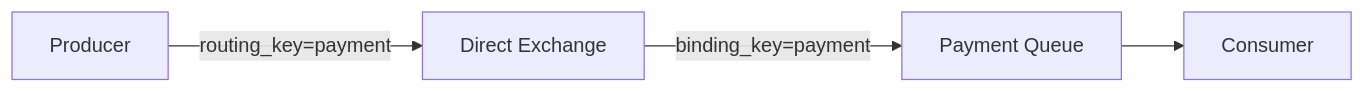
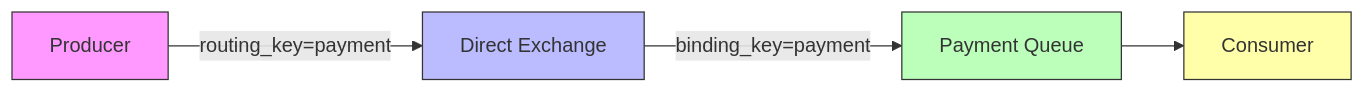
Before and after one commit to hdt12a1/message-broker-mastery: the second of 15 diagrams in rabbitmq.md, drawn with Mermaid. The commit also changed other lines of this file, not shown here.

Commit message:
docs: update RabbitMQ documentation with fixed Mermaid diagrams and detailed component analysis

````diff
--- a/rabbitmq.md
+++ b/rabbitmq.md
@@ -127,6 +128,16 @@
 ```mermaid
 graph LR
-    P[Producer] -->|routing_key=payment| E[Direct Exchange]
-    E -->|binding_key=payment| Q[Payment Queue]
+    P[Producer] -->|"routing_key=payment"| E[Direct Exchange]
+    E -->|"binding_key=payment"| Q[Payment Queue]
     Q --> C[Consumer]
+    
+    classDef producer fill:#f9f,stroke:#333;
+    classDef exchange fill:#bbf,stroke:#333;
+    classDef queue fill:#bfb,stroke:#333;
+    classDef consumer fill:#ffa,stroke:#333;
+    
+    class P producer;
+    class E exchange;
+    class Q queue;
+    class C consumer;
 ```
````
